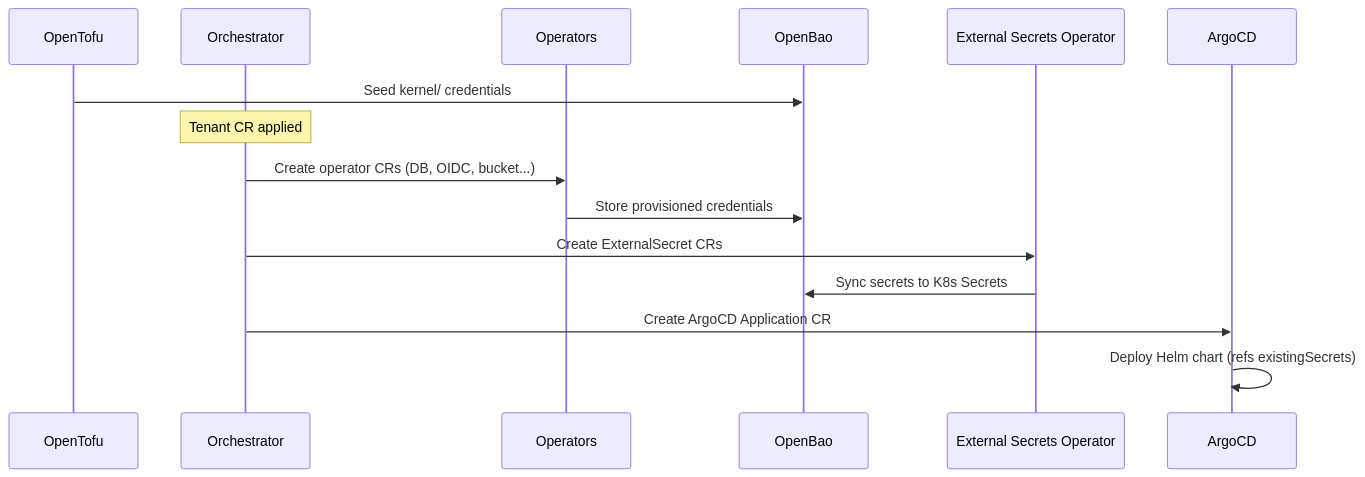
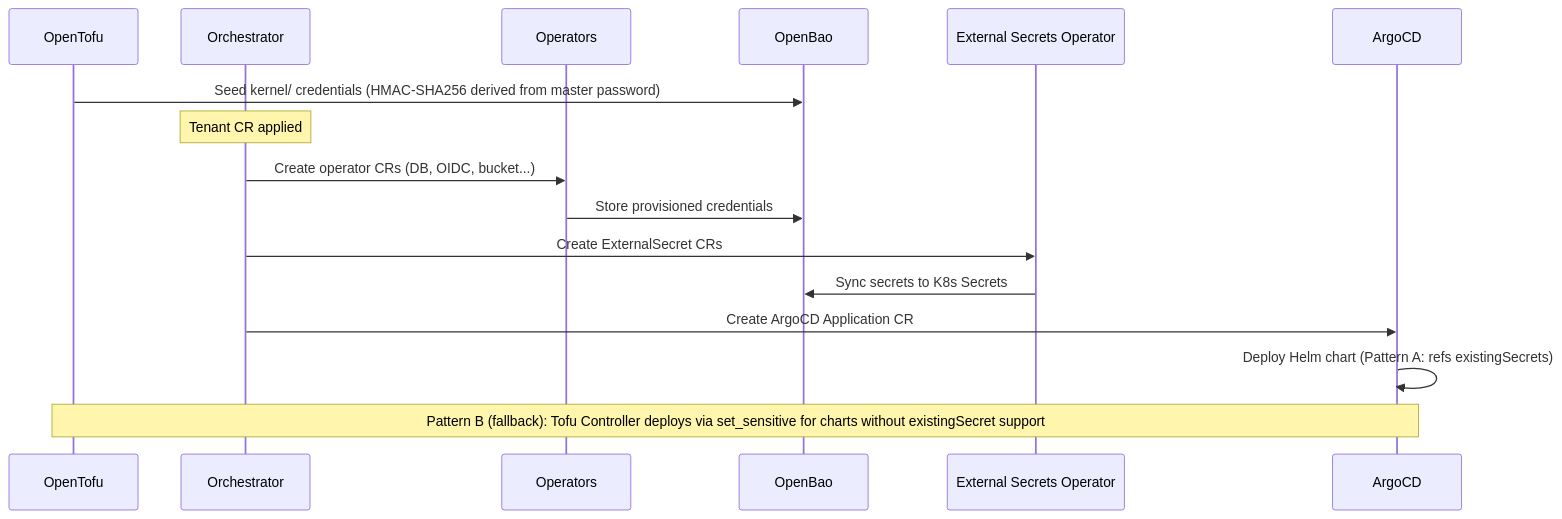
The second of 4 diagrams in docs/architecture.md (gentian-org/gentian-os), drawn with Mermaid before and after one commit. The commit also changed other lines of this file and 1 other file, not shown here.

Commit message:
(feat) Updated architecture

````diff
--- a/docs/architecture.md
+++ b/docs/architecture.md
@@ -257,18 +288,19 @@
 ```mermaid
 sequenceDiagram
     participant OT as OpenTofu
     participant OR as Orchestrator
     participant OP as Operators
     participant OB as OpenBao
     participant ESO as External Secrets Operator
     participant AC as ArgoCD
 
-    OT->>OB: Seed kernel/ credentials
+    OT->>OB: Seed kernel/ credentials (HMAC-SHA256 derived from master password)
     Note over OR: Tenant CR applied
     OR->>OP: Create operator CRs (DB, OIDC, bucket...)
     OP->>OB: Store provisioned credentials
     OR->>ESO: Create ExternalSecret CRs
     ESO->>OB: Sync secrets to K8s Secrets
     OR->>AC: Create ArgoCD Application CR
-    AC->>AC: Deploy Helm chart (refs existingSecrets)
+    AC->>AC: Deploy Helm chart (Pattern A: refs existingSecrets)
+    Note over OT,AC: Pattern B (fallback): Tofu Controller deploys via set_sensitive for charts without existingSecret support
 ```
````
